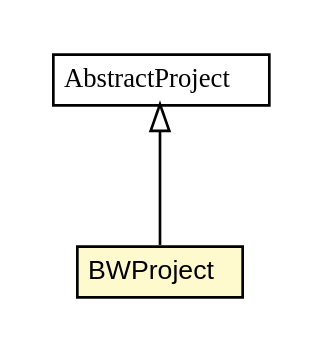
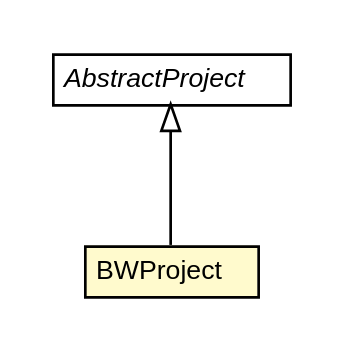
One commit to fastconnect/tibco-factory changed the diagram in snapshot/bw-maven-plugin/apidocs/fr/fastconnect/factory/tibco/bw/maven/source/ExistingBWProjectsListMojo.BWProject.dot. Above: the diagram before and after it, drawn with Graphviz. The commit also changed 380 other files, not shown here.

```diff
--- a/snapshot/bw-maven-plugin/apidocs/fr/fastconnect/factory/tibco/bw/maven/source/ExistingBWProjectsListMojo.BWProject.dot
+++ b/snapshot/bw-maven-plugin/apidocs/fr/fastconnect/factory/tibco/bw/maven/source/ExistingBWProjectsListMojo.BWProject.dot
@@ -1,26 +1,26 @@
 #!/usr/local/bin/dot
 #
 # Class diagram 
 # Generated by UMLGraph version R5_6-24-gf6e263 (http://www.umlgraph.org/)
 #
 
 digraph G {
-	edge [fontname="arial",fontsize=10,labelfontname="arial",labelfontsize=10];
-	node [fontname="arial",fontsize=10,shape=plaintext];
+	edge [fontname="Helvetica",fontsize=10,labelfontname="Helvetica",labelfontsize=10];
+	node [fontname="Helvetica",fontsize=10,shape=plaintext];
 	nodesep=0.25;
 	ranksep=0.5;
 	// fr.fastconnect.factory.tibco.bw.maven.source.ExistingBWProjectsListMojo.BWProject
-	c2184 [label=<<table title="fr.fastconnect.factory.tibco.bw.maven.source.ExistingBWProjectsListMojo.BWProject" border="0" cellborder="1" cellspacing="0" cellpadding="2" port="p" bgcolor="lemonChiffon" href="./ExistingBWProjectsListMojo.BWProject.html">
+	c2332 [label=<<table title="fr.fastconnect.factory.tibco.bw.maven.source.ExistingBWProjectsListMojo.BWProject" border="0" cellborder="1" cellspacing="0" cellpadding="2" port="p" bgcolor="lemonChiffon" href="./ExistingBWProjectsListMojo.BWProject.html">
 		<tr><td><table border="0" cellspacing="0" cellpadding="1">
 <tr><td align="center" balign="center"> BWProject </td></tr>
 		</table></td></tr>
-		</table>>, URL="./ExistingBWProjectsListMojo.BWProject.html", fontname="arial", fontcolor="black", fontsize=10.0];
+		</table>>, URL="./ExistingBWProjectsListMojo.BWProject.html", fontname="Helvetica", fontcolor="black", fontsize=10.0];
 	// fr.fastconnect.factory.tibco.bw.maven.source.AbstractProjectsListMojo.AbstractProject
-	c2188 [label=<<table title="fr.fastconnect.factory.tibco.bw.maven.source.AbstractProjectsListMojo.AbstractProject" border="0" cellborder="1" cellspacing="0" cellpadding="2" port="p" href="./AbstractProjectsListMojo.AbstractProject.html">
+	c2343 [label=<<table title="fr.fastconnect.factory.tibco.bw.maven.source.AbstractProjectsListMojo.AbstractProject" border="0" cellborder="1" cellspacing="0" cellpadding="2" port="p" href="./AbstractProjectsListMojo.AbstractProject.html">
 		<tr><td><table border="0" cellspacing="0" cellpadding="1">
-<tr><td align="center" balign="center"><font face="arial italic"> AbstractProject </font></td></tr>
+<tr><td align="center" balign="center"><font face="Helvetica-Oblique"> AbstractProject </font></td></tr>
 		</table></td></tr>
-		</table>>, URL="./AbstractProjectsListMojo.AbstractProject.html", fontname="arial", fontcolor="black", fontsize=10.0];
+		</table>>, URL="./AbstractProjectsListMojo.AbstractProject.html", fontname="Helvetica", fontcolor="black", fontsize=10.0];
 	//fr.fastconnect.factory.tibco.bw.maven.source.ExistingBWProjectsListMojo.BWProject extends fr.fastconnect.factory.tibco.bw.maven.source.AbstractProjectsListMojo.AbstractProject
-	c2188:p -> c2184:p [dir=back,arrowtail=empty];
+	c2343:p -> c2332:p [dir=back,arrowtail=empty];
 }
```
